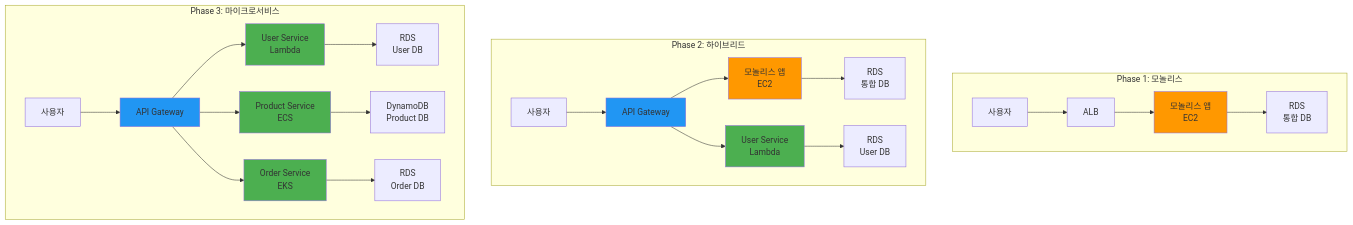
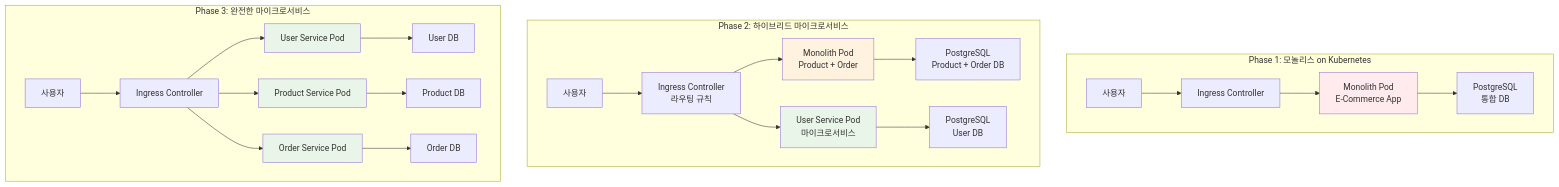
Before and after one commit to niceguy61/kdt_devops_lecture_2025: the diagram in theory/week_04/day1/lab_1.md, drawn with Mermaid. The commit also changed other lines of this file and 5 other files, not shown here.

````diff
--- a/theory/week_04/day1/lab_1.md
+++ b/theory/week_04/day1/lab_1.md
@@ -36,35 +36,33 @@
 ```mermaid
 graph TB
-    subgraph "Phase 1: 모놀리스"
-        U1[사용자] --> ALB1[ALB]
-        ALB1 --> M1[모놀리스 앱<br/>EC2]
-        M1 --> RDS1[RDS<br/>통합 DB]
+    subgraph "Phase 1: 모놀리스 on Kubernetes"
+        U1[사용자] --> ING1[Ingress Controller]
+        ING1 --> M1[Monolith Pod<br/>E-Commerce App]
+        M1 --> DB1[PostgreSQL<br/>통합 DB]
     end
     
-    subgraph "Phase 2: 하이브리드"
-        U2[사용자] --> APIGW[API Gateway]
-        APIGW --> M2[모놀리스 앱<br/>EC2]
-        APIGW --> MS1[User Service<br/>Lambda]
-        M2 --> RDS2[RDS<br/>통합 DB]
-        MS1 --> RDS3[RDS<br/>User DB]
+    subgraph "Phase 2: 하이브리드 마이크로서비스"
+        U2[사용자] --> ING2[Ingress Controller<br/>라우팅 규칙]
+        ING2 --> M2[Monolith Pod<br/>Product + Order]
+        ING2 --> MS1[User Service Pod<br/>마이크로서비스]
+        M2 --> DB2[PostgreSQL<br/>Product + Order DB]
+        MS1 --> DB3[PostgreSQL<br/>User DB]
     end
     
-    subgraph "Phase 3: 마이크로서비스"
-        U3[사용자] --> APIGW2[API Gateway]
-        APIGW2 --> MS2[User Service<br/>Lambda]
-        APIGW2 --> MS3[Product Service<br/>ECS]
-        APIGW2 --> MS4[Order Service<br/>EKS]
-        MS2 --> RDS4[RDS<br/>User DB]
-        MS3 --> DYNAMO[DynamoDB<br/>Product DB]
-        MS4 --> RDS5[RDS<br/>Order DB]
+    subgraph "Phase 3: 완전한 마이크로서비스"
+        U3[사용자] --> ING3[Ingress Controller]
+        ING3 --> US[User Service Pod]
+        ING3 --> PS[Product Service Pod]
+        ING3 --> OS[Order Service Pod]
+        US --> UDB[User DB]
+        PS --> PDB[Product DB]
+        OS --> ODB[Order DB]
     end
     
-    style M1 fill:#ff9800
-    style M2 fill:#ff9800
-    style MS1 fill:#4caf50
-    style MS2 fill:#4caf50
-    style MS3 fill:#4caf50
-    style MS4 fill:#4caf50
-    style APIGW fill:#2196f3
-    style APIGW2 fill:#2196f3
+    style M1 fill:#ffebee
+    style M2 fill:#fff3e0
+    style MS1 fill:#e8f5e8
+    style US fill:#e8f5e8
+    style PS fill:#e8f5e8
+    style OS fill:#e8f5e8
 ```
````
